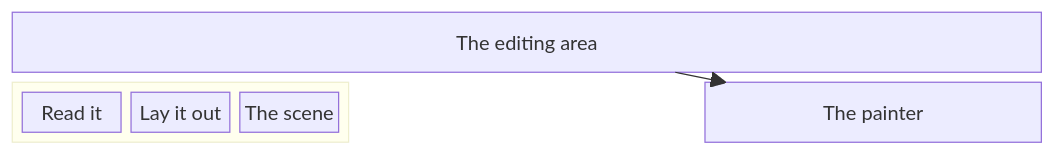
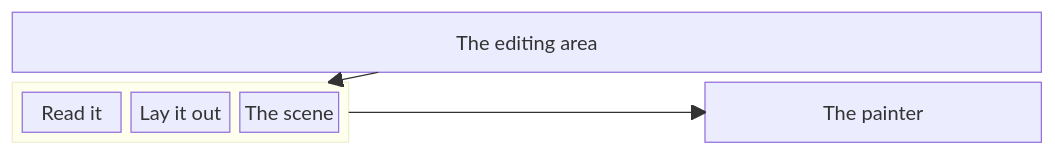
The diagram in sample-diagrams/block.mmd (Black-Rainbow-Labs/Unluminous), drawn with Mermaid before and after one commit. The commit also changed 86 other files, not shown here.

First line of the commit message:
task-2339: draw every diagram type Mermaid documents, C4 included, and fix what photographing Mermaid's own examples found

```diff
--- a/sample-diagrams/block.mmd
+++ b/sample-diagrams/block.mmd
@@ -1,11 +1,12 @@
 block-beta
   columns 3
   editor["The editing area"]:3
   block:core
     parse["Read it"]
     layout["Lay it out"]
     scene["The scene"]
   end
   space
   painter["The painter"]
-  editor --> painter
+  editor --> core
+  core --> painter
```
